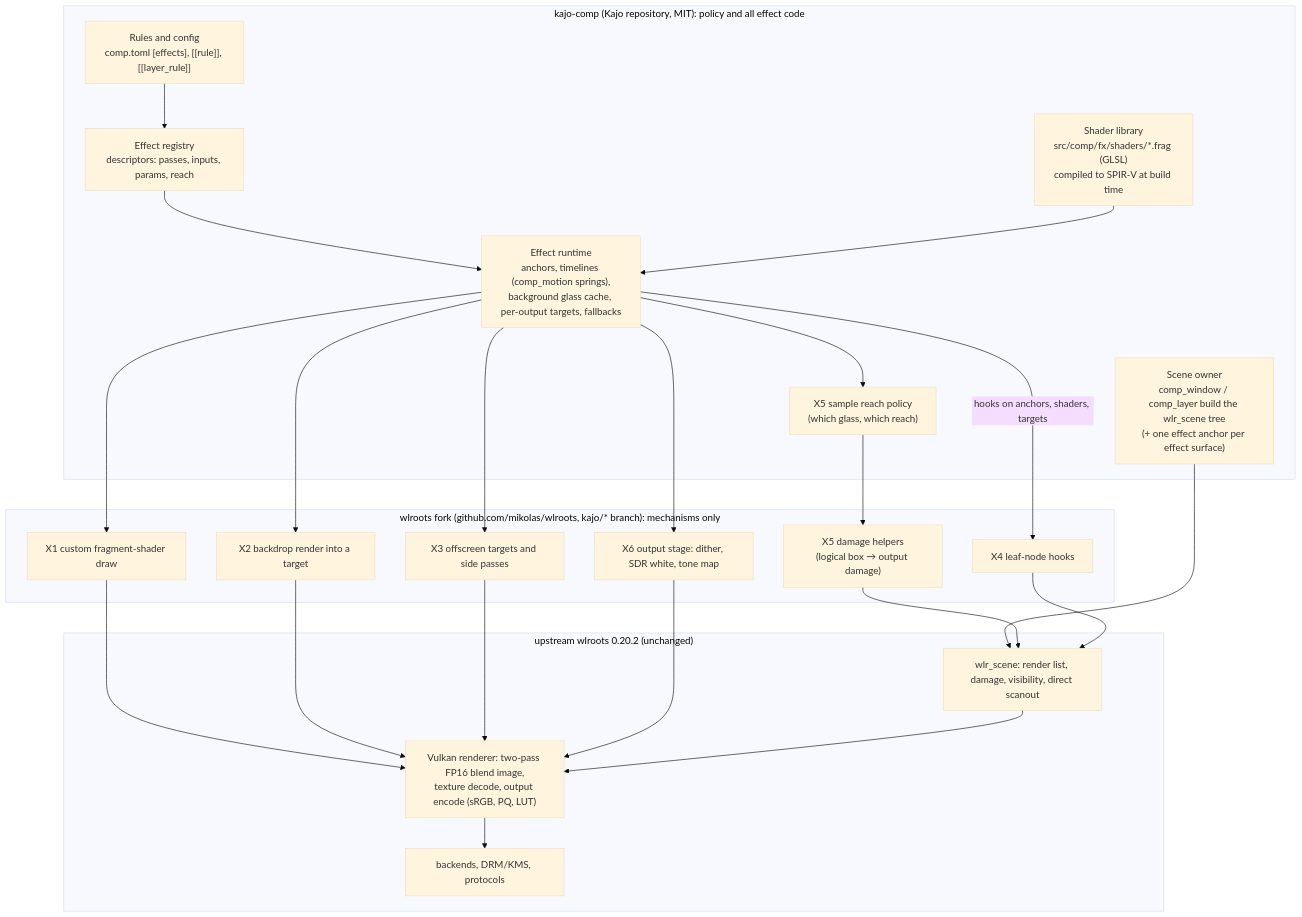
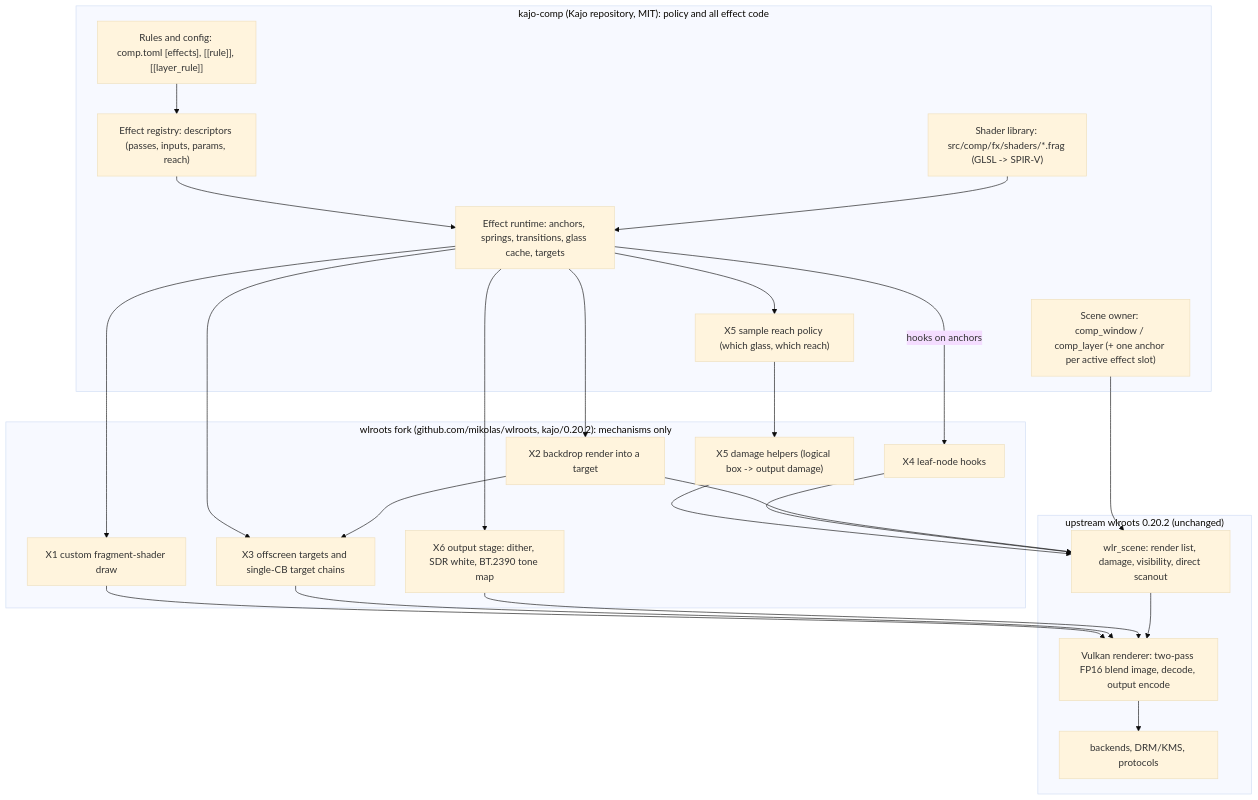
The first of 3 diagrams in docs/spec_comp_effects.md (mikolas/Kajo), drawn with Mermaid (base theme) before and after one commit. The commit also changed other lines of this file, not shown here.

Commit message:
docs(comp-fx): fix Mermaid diagrams and sync spec_comp_effects.md with M1-M5

````diff
--- a/docs/spec_comp_effects.md
+++ b/docs/spec_comp_effects.md
@@ -50,33 +50,44 @@
 ```mermaid
 flowchart TB
   subgraph KAJO["kajo-comp (Kajo repository, MIT): policy and all effect code"]
-    RULES["Rules and config<br/>comp.toml [effects], [[rule]], [[layer_rule]]"]
-    REG["Effect registry<br/>descriptors: passes, inputs, params, reach"]
-    LIB["Shader library<br/>src/comp/fx/shaders/*.frag (GLSL)<br/>compiled to SPIR-V at build time"]
-    RUN["Effect runtime<br/>anchors, timelines (comp_motion springs),<br/>background glass cache, per-output targets, fallbacks"]
-    X5["X5 sample reach policy<br/>(which glass, which reach)"]
-    SCN["Scene owner<br/>comp_window / comp_layer build the wlr_scene tree<br/>(+ one effect anchor per effect surface)"]
+    RULES["Rules and config: comp.toml [effects], [[rule]], [[layer_rule]]"]
+    REG["Effect registry: descriptors (passes, inputs, params, reach)"]
+    LIB["Shader library: src/comp/fx/shaders/*.frag (GLSL -> SPIR-V)"]
+    RUN["Effect runtime: anchors, springs, transitions, glass cache, targets"]
+    X5["X5 sample reach policy (which glass, which reach)"]
+    SCN["Scene owner: comp_window / comp_layer (+ one anchor per active effect slot)"]
   end
-  subgraph FORK["wlroots fork (github.com/mikolas/wlroots, kajo/* branch): mechanisms only"]
+  subgraph FORK["wlroots fork (github.com/mikolas/wlroots, kajo/0.20.2): mechanisms only"]
     X1["X1 custom fragment-shader draw"]
     X2["X2 backdrop render into a target"]
-    X3["X3 offscreen targets and side passes"]
+    X3["X3 offscreen targets and single-CB target chains"]
     X4["X4 leaf-node hooks"]
-    X5F["X5 damage helpers<br/>(logical box → output damage)"]
-    X6["X6 output stage: dither, SDR white, tone map"]
+    X5F["X5 damage helpers (logical box -> output damage)"]
+    X6["X6 output stage: dither, SDR white, BT.2390 tone map"]
   end
   subgraph UP["upstream wlroots 0.20.2 (unchanged)"]
     SCENE["wlr_scene: render list, damage, visibility, direct scanout"]
-    VK["Vulkan renderer: two-pass FP16 blend image,<br/>texture decode, output encode (sRGB, PQ, LUT)"]
+    VK["Vulkan renderer: two-pass FP16 blend image, decode, output encode"]
     BE["backends, DRM/KMS, protocols"]
   end
-  RULES --> REG --> RUN
+  RULES --> REG
+  REG --> RUN
   LIB --> RUN
   SCN --> SCENE
-  RUN -- "hooks on anchors, shaders, targets" --> X4
-  RUN --> X1 & X2 & X3 & X6
-  RUN --> X5 --> X5F --> SCENE
+  RUN -->|"hooks on anchors"| X4
+  RUN --> X1
+  RUN --> X2
+  RUN --> X3
+  RUN --> X6
+  RUN --> X5
+  X5 --> X5F
+  X5F --> SCENE
   X4 --> SCENE
-  X1 & X2 & X3 & X6 --> VK
-  SCENE --> VK --> BE
+  X2 --> SCENE
+  X2 --> X3
+  X1 --> VK
+  X3 --> VK
+  X6 --> VK
+  SCENE --> VK
+  VK --> BE
 ```
````
